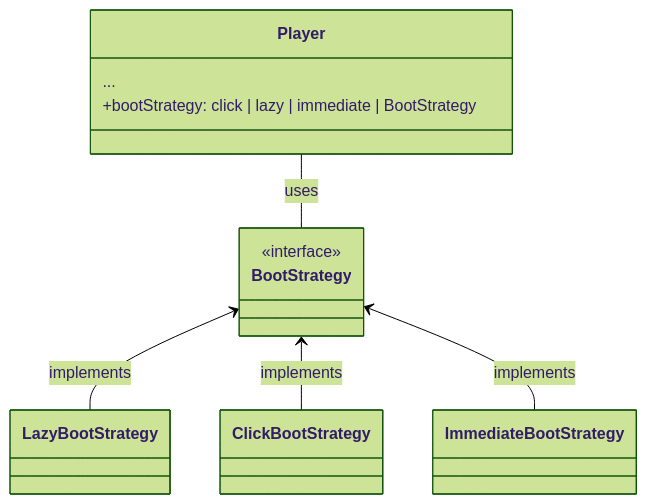
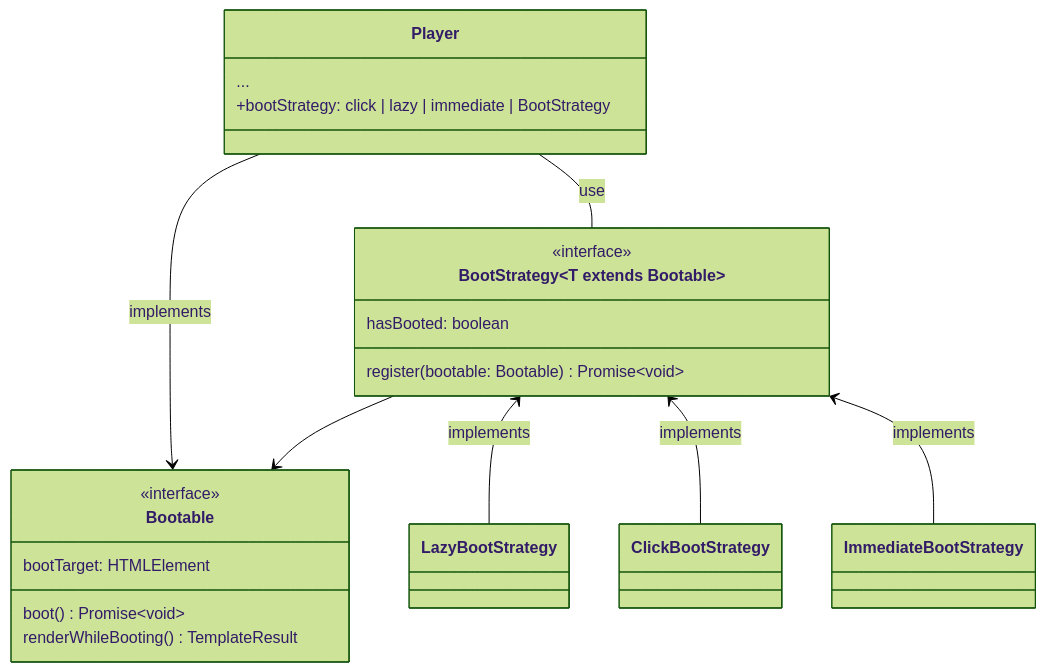
One commit to vime-js/vime changed the diagram in plan/designs/boot-strategy.mmd. Above: the diagram before and after it, drawn with Mermaid (forest theme). The commit also changed 1 other file, not shown here.

Commit message:
chore: design boot strategy

```diff
--- a/plan/designs/boot-strategy.mmd
+++ b/plan/designs/boot-strategy.mmd
@@ -1,18 +1,32 @@
 classDiagram
 
 class Player {
     ...
     +bootStrategy: click | lazy | immediate | BootStrategy
 }
 
-class BootStrategy
-<<interface>> BootStrategy
+class Bootable {
+    <<interface>>
+    bootTarget: HTMLElement
+    boot() Promise~void~
+    renderWhileBooting() TemplateResult
+}
+
+Player --> Bootable: implements
+
+class BootStrategy~T extends Bootable~ {
+    <<interface>>
+    hasBooted: boolean
+    register(bootable: Bootable) Promise~void~
+}
+
 class LazyBootStrategy
 class ClickBootStrategy
 class ImmediateBootStrategy
 
 BootStrategy <-- LazyBootStrategy: implements
 BootStrategy <-- ClickBootStrategy: implements
 BootStrategy <-- ImmediateBootStrategy: implements
+BootStrategy --> Bootable
 
-Player -- BootStrategy: uses
+Player -- BootStrategy: use
```
